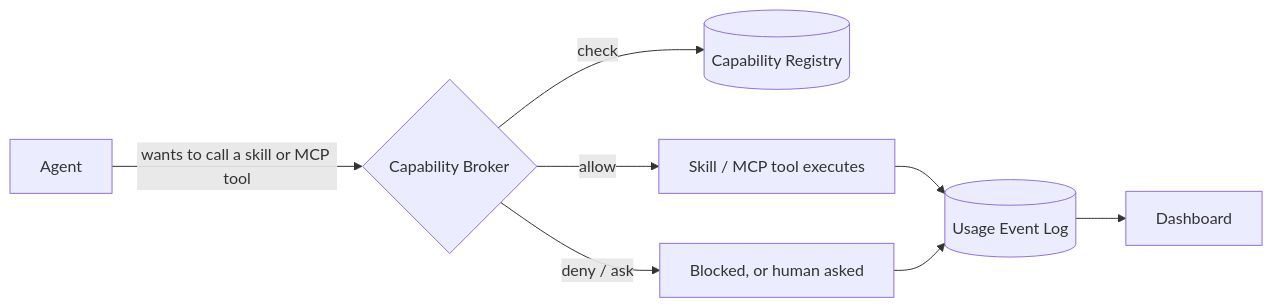
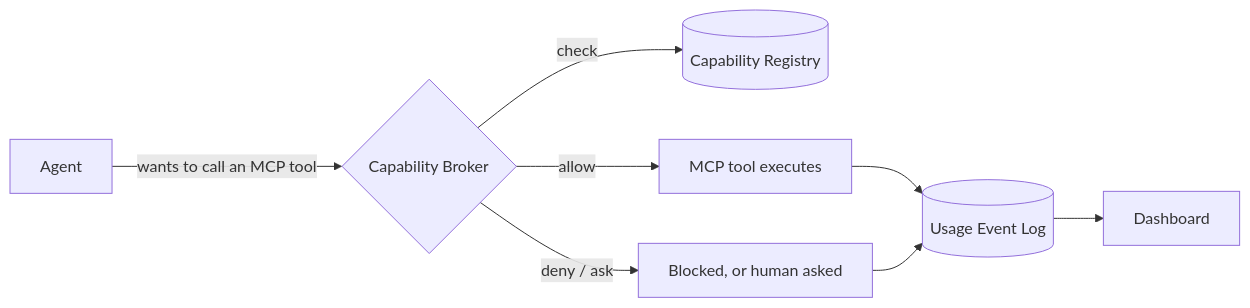
One commit to ejbrahms/Windrow changed the diagram in README.md. Above: the diagram before and after it, drawn with Mermaid. The commit also changed other lines of this file and 30 other files, not shown here.

````diff
--- a/README.md
+++ b/README.md
@@ -8,10 +10,10 @@
 ```mermaid
 flowchart LR
-  Agent[Agent] -->|wants to call a skill or MCP tool| Broker{Capability Broker}
+  Agent[Agent] -->|wants to call an MCP tool| Broker{Capability Broker}
   Broker -->|check| Registry[(Capability Registry)]
-  Broker -->|allow| Tool[Skill / MCP tool executes]
+  Broker -->|allow| Tool[MCP tool executes]
   Broker -->|deny / ask| Blocked[Blocked, or human asked]
   Tool --> Events[(Usage Event Log)]
   Blocked --> Events
   Events --> Dash[Dashboard]
 ```
````
